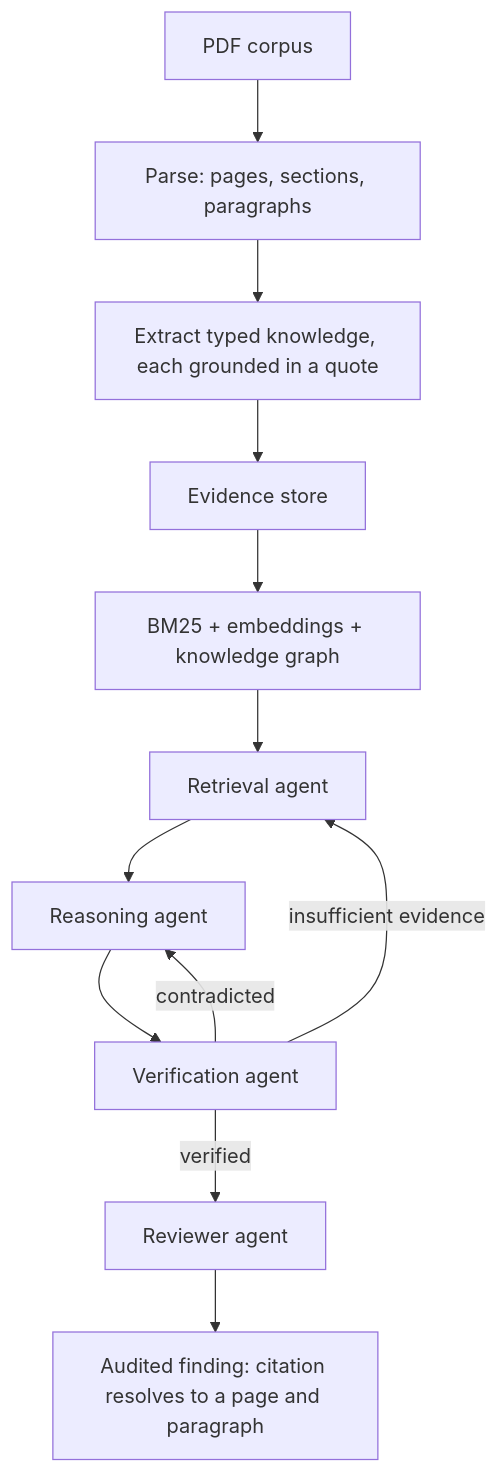
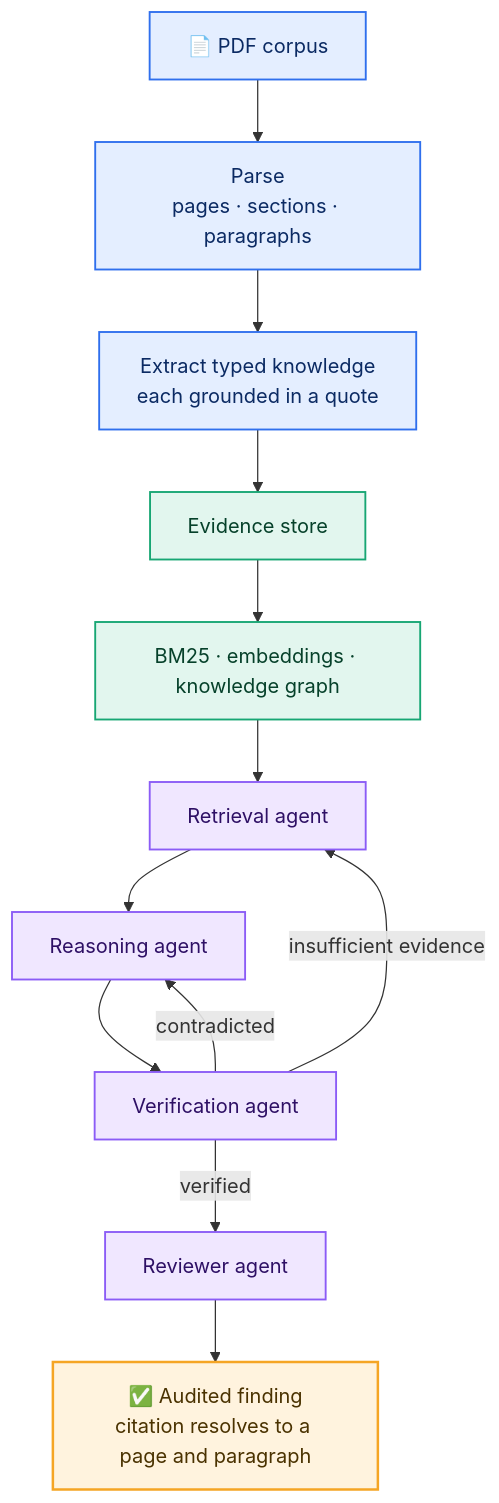
One commit to iAakash1/iAakash1 changed the second of 3 diagrams in README.md. Above: the diagram before and after it, drawn with Mermaid. The commit also changed other lines of this file, not shown here.

````diff
--- a/README.md
+++ b/README.md
@@ -99,14 +134,23 @@
 ```mermaid
 flowchart TD
-    A["PDF corpus"] --> B["Parse: pages, sections, paragraphs"]
-    B --> C["Extract typed knowledge, each grounded in a quote"]
+    A["📄 PDF corpus"] --> B["Parse<br/>pages · sections · paragraphs"]
+    B --> C["Extract typed knowledge<br/>each grounded in a quote"]
     C --> D["Evidence store"]
-    D --> E["BM25 + embeddings + knowledge graph"]
+    D --> E["BM25 · embeddings · knowledge graph"]
     E --> F["Retrieval agent"]
     F --> G["Reasoning agent"]
     G --> H["Verification agent"]
     H -- "insufficient evidence" --> F
     H -- "contradicted" --> G
     H -- "verified" --> I["Reviewer agent"]
-    I --> J["Audited finding: citation resolves to a page and paragraph"]
+    I --> J["✅ Audited finding<br/>citation resolves to a page and paragraph"]
+
+    classDef ingest fill:#E4EEFF,stroke:#2F6FED,stroke-width:1.5px,color:#0B2A63
+    classDef store fill:#E2F6EE,stroke:#17A673,stroke-width:1.5px,color:#06412A
+    classDef agent fill:#F0E7FF,stroke:#8B5CF6,stroke-width:1.5px,color:#2E1065
+    classDef out fill:#FFF3DE,stroke:#F5A524,stroke-width:2px,color:#4A3200
+    class A,B,C ingest
+    class D,E store
+    class F,G,H,I agent
+    class J out
 ```
````
